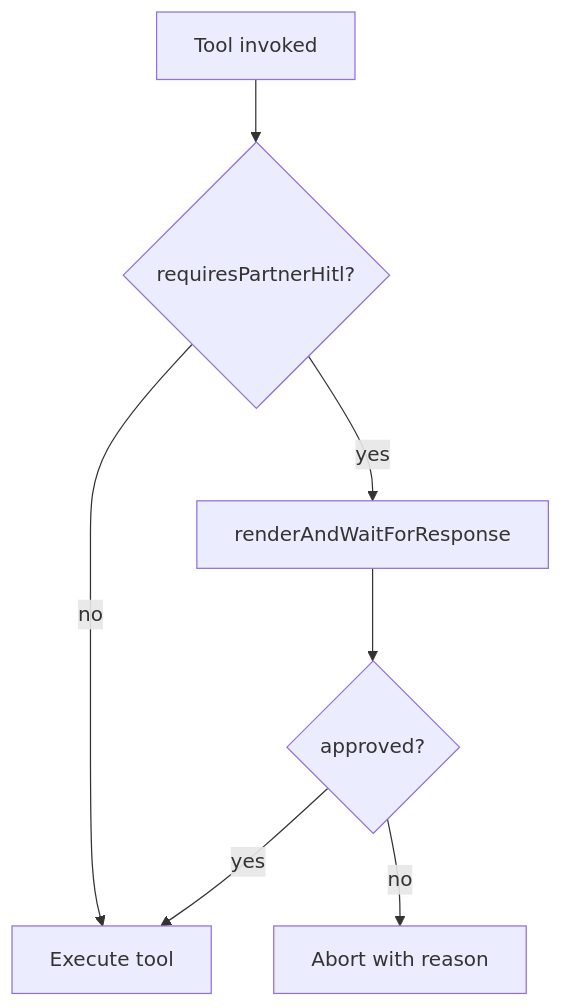
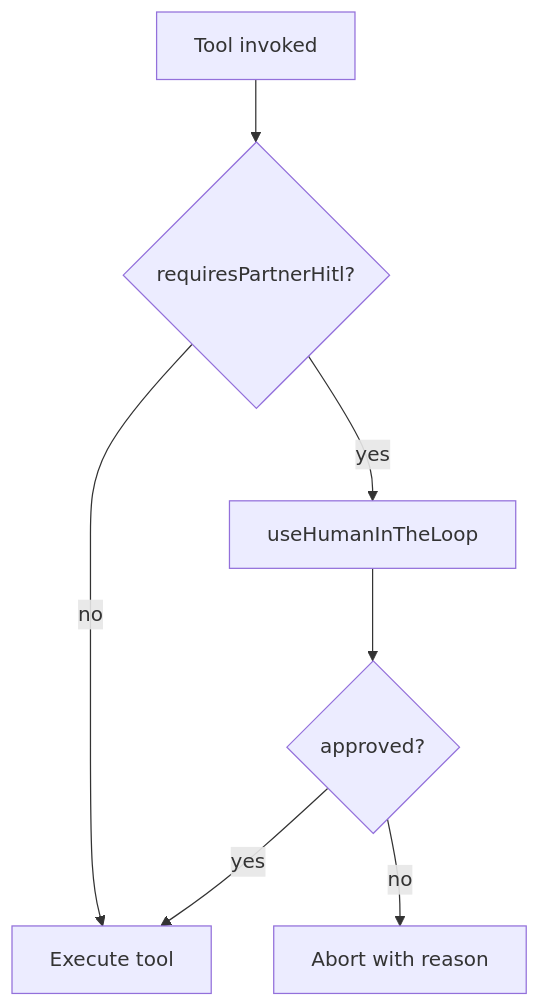
The diagram in docs/partners/tasks/AGT-PTR-06-hitl-policy-module.md (amo-tech-ai/mdeapp), drawn with Mermaid before and after one commit. The commit also changed other lines of this file and 25 other files, not shown here.

````diff
--- a/docs/partners/tasks/AGT-PTR-06-hitl-policy-module.md
+++ b/docs/partners/tasks/AGT-PTR-06-hitl-policy-module.md
@@ -26,12 +26,12 @@
 ```mermaid
 flowchart TD
   accTitle: Partner HITL policy gate
   accDescr: Tool execution checks requiresPartnerHitl before running public actions.
 
   T["Tool invoked"] --> P{"requiresPartnerHitl?"}
   P -->|no| X["Execute tool"]
-  P -->|yes| H["renderAndWaitForResponse"]
+  P -->|yes| H["useHumanInTheLoop"]
   H --> A{"approved?"}
   A -->|yes| X
   A -->|no| R["Abort with reason"]
 ```
````
